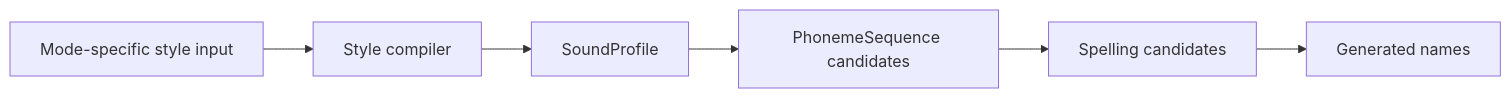
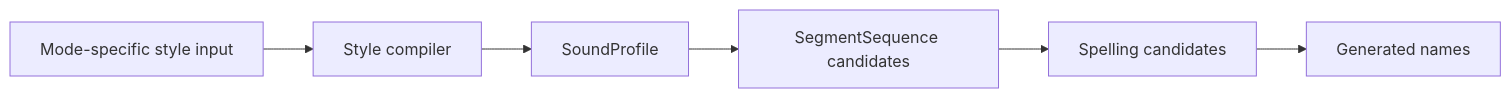
Before and after one commit to jaahay/name-forge: the diagram in docs/architecture.md, drawn with Mermaid. The commit also changed other lines of this file and 3 other files, not shown here.

````diff
--- a/docs/architecture.md
+++ b/docs/architecture.md
@@ -66,8 +66,8 @@
 ```mermaid
 flowchart LR
   A[Mode-specific style input] --> B[Style compiler]
   B --> C[SoundProfile]
-  C --> D[PhonemeSequence candidates]
+  C --> D[SegmentSequence candidates]
   D --> E[Spelling candidates]
   E --> F[Generated names]
 ```
````
